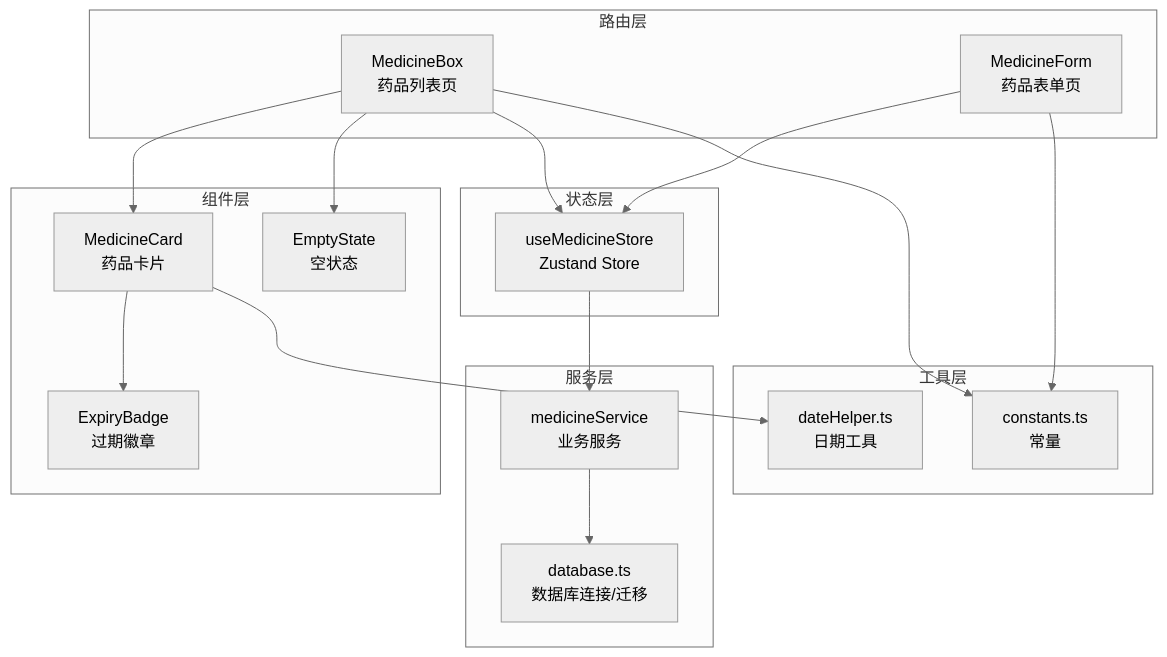
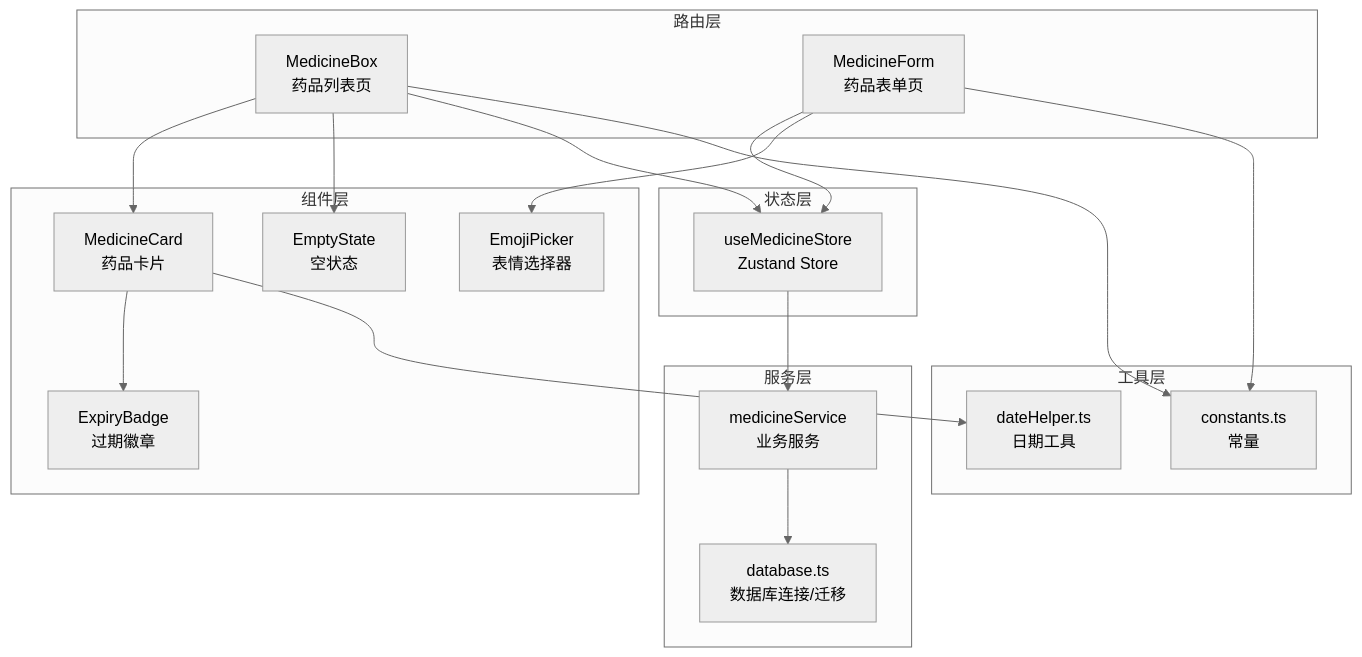
One commit to yn-zxj/Assetly changed the first of 10 diagrams in .qoder/repowiki/zh/content/项目概述/核心功能特性/药箱管理/药品列表管理.md. Above: the diagram before and after it, drawn with Mermaid (neutral theme). The commit also changed other lines of this file and 9 other files, not shown here.

````diff
--- a/.qoder/repowiki/zh/content/项目概述/核心功能特性/药箱管理/药品列表管理.md
+++ b/.qoder/repowiki/zh/content/项目概述/核心功能特性/药箱管理/药品列表管理.md
@@ -47,33 +58,35 @@
 ```mermaid
 graph TB
 subgraph "路由层"
 MB["MedicineBox<br/>药品列表页"]
 MF["MedicineForm<br/>药品表单页"]
 end
 subgraph "组件层"
 MC["MedicineCard<br/>药品卡片"]
 EB["ExpiryBadge<br/>过期徽章"]
 ES["EmptyState<br/>空状态"]
+EP["EmojiPicker<br/>表情选择器"]
 end
 subgraph "状态层"
 UMS["useMedicineStore<br/>Zustand Store"]
 end
 subgraph "服务层"
 MS["medicineService<br/>业务服务"]
 DB["database.ts<br/>数据库连接/迁移"]
 end
 subgraph "工具层"
 CT["constants.ts<br/>常量"]
 DH["dateHelper.ts<br/>日期工具"]
 end
 MB --> MC
 MB --> ES
 MC --> EB
 MB --> UMS
 MF --> UMS
+MF --> EP
 UMS --> MS
 MS --> DB
 MC --> DH
 MB --> CT
 MF --> CT
 ```
````
